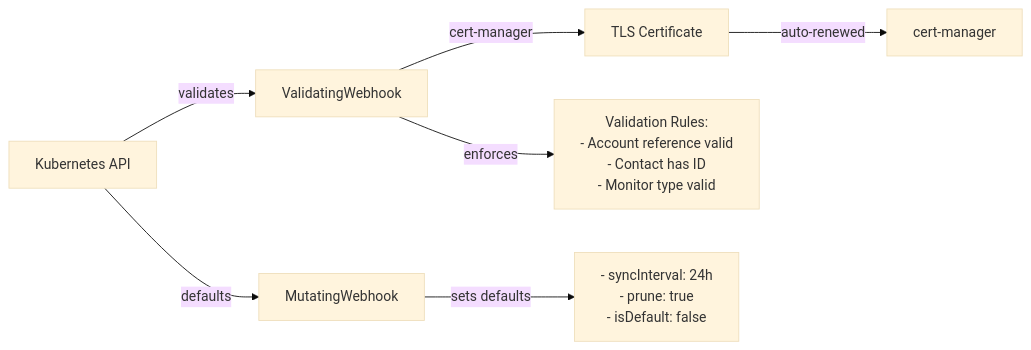
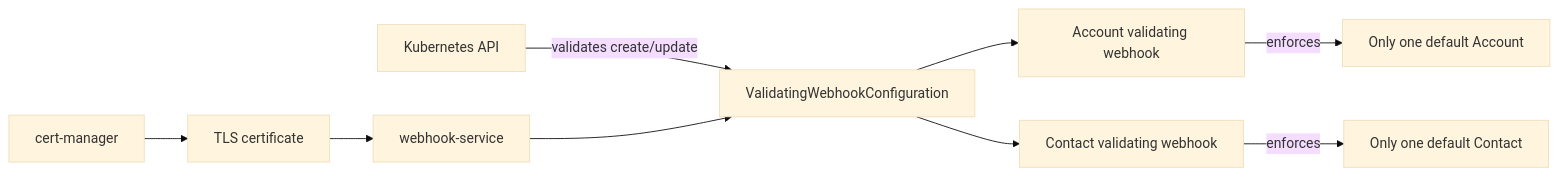
The ninth of 11 diagrams in docs/architecture.md (joelp172/uptime-robot-operator), drawn with Mermaid (base theme) before and after one commit. The commit also changed other lines of this file, not shown here.

Commit message:
docs(architecture): align all sections with actual controller behavior

````diff
--- a/docs/architecture.md
+++ b/docs/architecture.md
@@ -331,11 +307,13 @@
 ```mermaid
 graph LR
-    K8s[Kubernetes API] -->|validates| Webhook[ValidatingWebhook]
-    Webhook -->|cert-manager| Cert[TLS Certificate]
-    
-    Cert -->|auto-renewed| CM[cert-manager]
-    Webhook -->|enforces| Rules[Validation Rules:<br/>- Account reference valid<br/>- Contact has ID<br/>- Monitor type valid]
-    
-    K8s -->|defaults| MutatingWebhook[MutatingWebhook]
-    MutatingWebhook -->|sets defaults| Defaults[- syncInterval: 24h<br/>- prune: true<br/>- isDefault: false]
+    K8s[Kubernetes API] -->|validates create/update| VWC[ValidatingWebhookConfiguration]
+    VWC --> AccountWH[Account validating webhook]
+    VWC --> ContactWH[Contact validating webhook]
+
+    AccountWH -->|enforces| AccountRule[Only one default Account]
+    ContactWH -->|enforces| ContactRule[Only one default Contact]
+
+    CertMgr[cert-manager] --> Cert[TLS certificate]
+    Cert --> WebhookSvc[webhook-service]
+    WebhookSvc --> VWC
 ```
````
